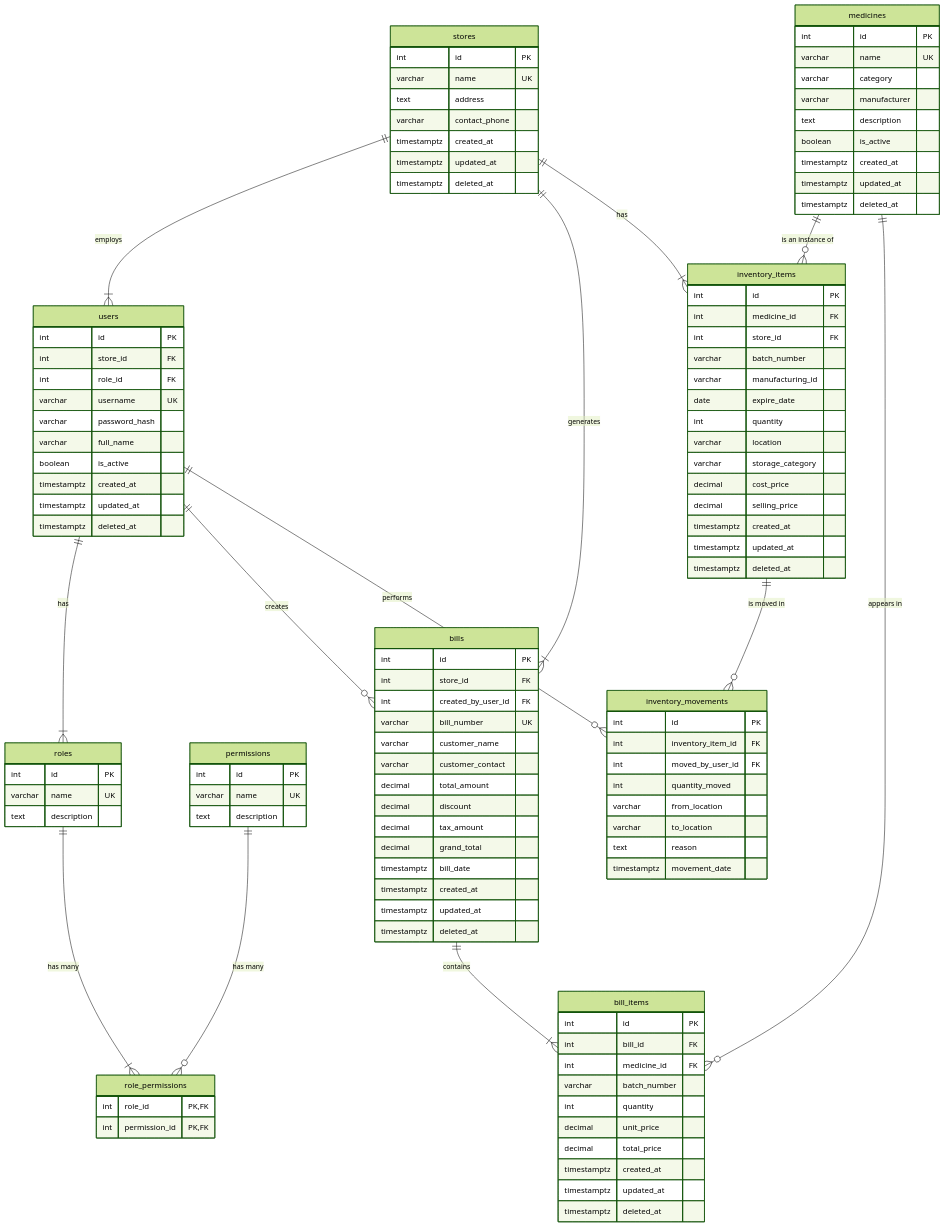
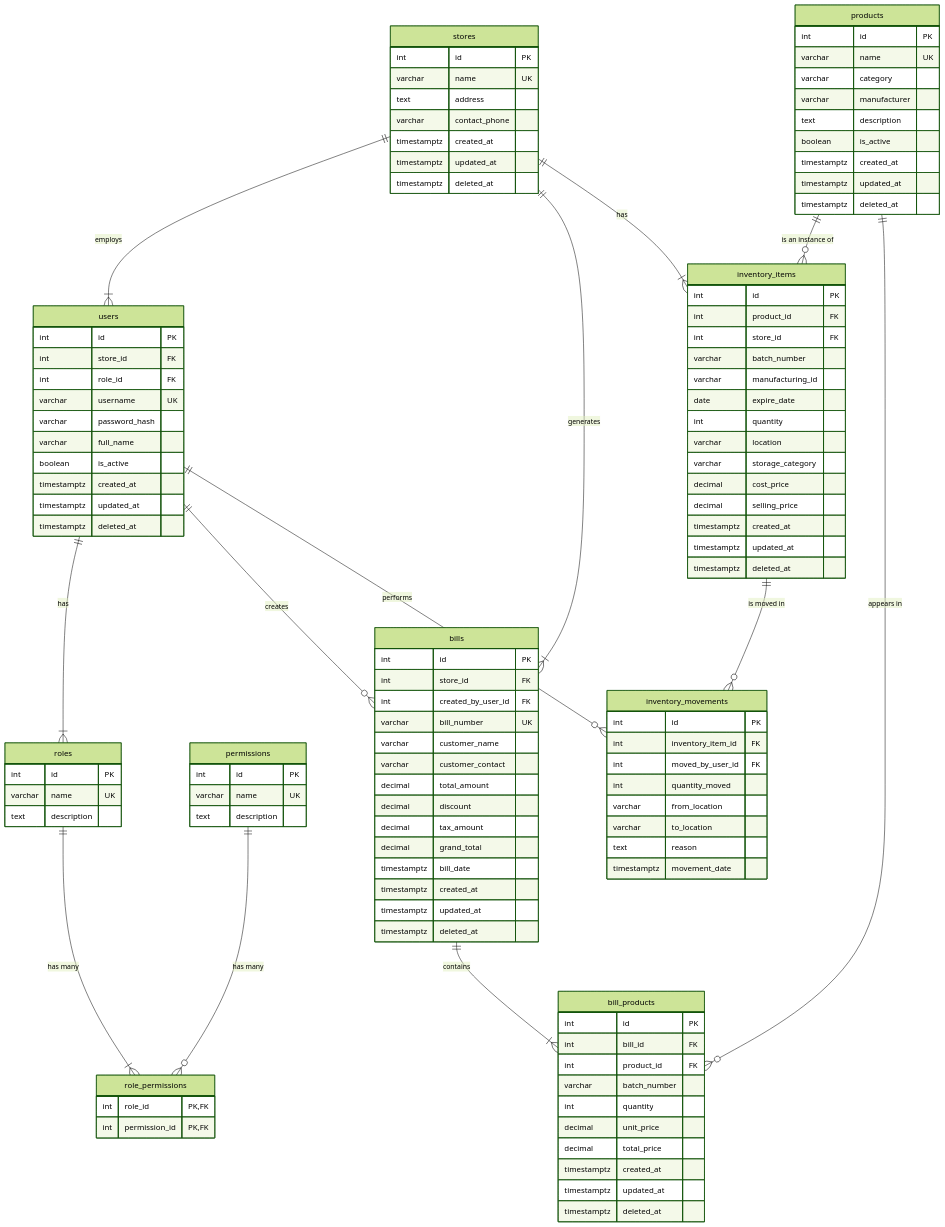
Before and after one commit to rohitagarwal-gkmit/retailpulse-docs: the diagram in docs/technical/schema_design.md, drawn with Mermaid (forest theme). The commit also changed other lines of this file and 6 other files, not shown here.

Commit message:
[refactor]: Update documentation and code references from 'medicine' to 'product'

````diff
--- a/docs/technical/schema_design.md
+++ b/docs/technical/schema_design.md
@@ -54,7 +54,7 @@
         timestamptz deleted_at
     }
 
-    medicines {
+    products {
         int id PK
         varchar name UK
         varchar category
@@ -68,7 +68,7 @@
 
     inventory_items {
         int id PK
-        int medicine_id FK
+        int product_id FK
         int store_id FK
         varchar batch_number
         varchar manufacturing_id
@@ -111,10 +111,10 @@
         timestamptz deleted_at
     }
 
-    bill_items {
+    bill_products {
         int id PK
         int bill_id FK
-        int medicine_id FK
+        int product_id FK
         varchar batch_number
         int quantity
         decimal unit_price
@@ -132,8 +132,8 @@
     stores ||--|{ inventory_items : "has"
     users ||--o{ bills : "creates"
     users ||--o{ inventory_movements : "performs"
-    medicines ||--o{ inventory_items : "is an instance of"
-    bills ||--|{ bill_items : "contains"
-    medicines ||--o{ bill_items : "appears in"
+    products ||--o{ inventory_items : "is an instance of"
+    bills ||--|{ bill_products : "contains"
+    products ||--o{ bill_products : "appears in"
     inventory_items ||--o{ inventory_movements : "is moved in"
 ```
````
